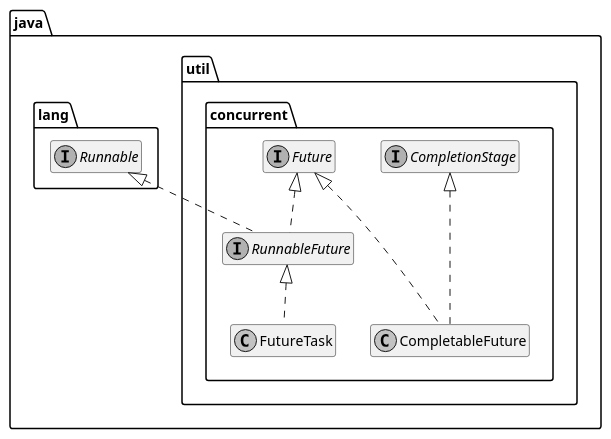
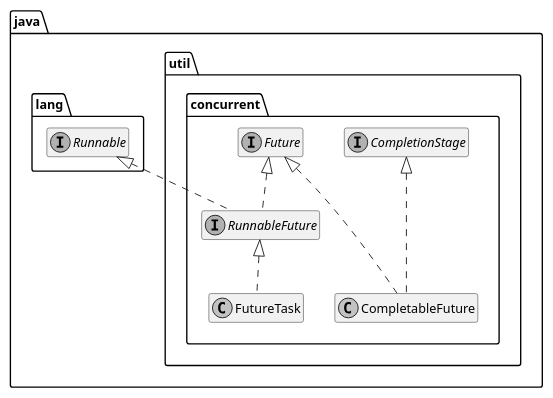
Before and after one commit to ti-cortex-m4/demo-java-completablefuture: the diagram in images/class diagram.puml, drawn with PlantUML. The commit also changed 1 other file, not shown here.

```diff
--- a/images/class diagram.puml
+++ b/images/class diagram.puml
@@ -1,29 +1,30 @@
 @startuml
 
+scale 0.9
 skinparam monochrome true
 
 together {
   interface java.util.concurrent.CompletionStage {}
 
   interface java.util.concurrent.Future {}
 }
 
 interface java.lang.Runnable {}
 
 interface java.util.concurrent.RunnableFuture {}
 
 together {
   class java.util.concurrent.FutureTask {}
 
   class java.util.concurrent.CompletableFuture {}
 }
 
 java.util.concurrent.CompletableFuture ..up.|>  java.util.concurrent.CompletionStage
 java.util.concurrent.CompletableFuture ..up.|>  java.util.concurrent.Future
 java.util.concurrent.FutureTask .up.|>  java.util.concurrent.RunnableFuture
 java.util.concurrent.RunnableFuture .up.|>  java.util.concurrent.Future
 java.util.concurrent.RunnableFuture .up.|>  java.lang.Runnable
 
 hide members
 
 @enduml
```
